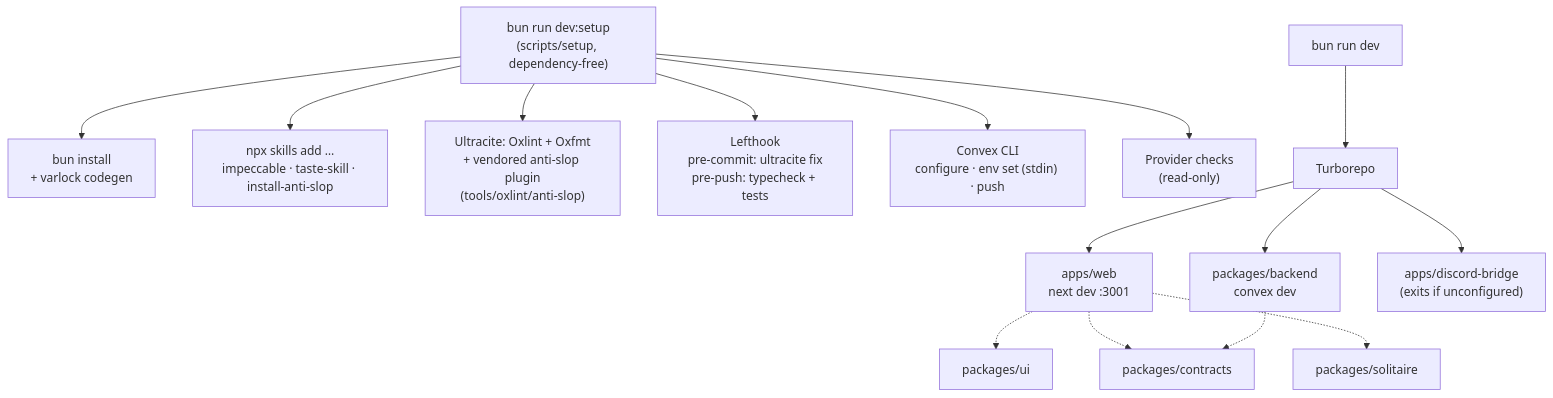
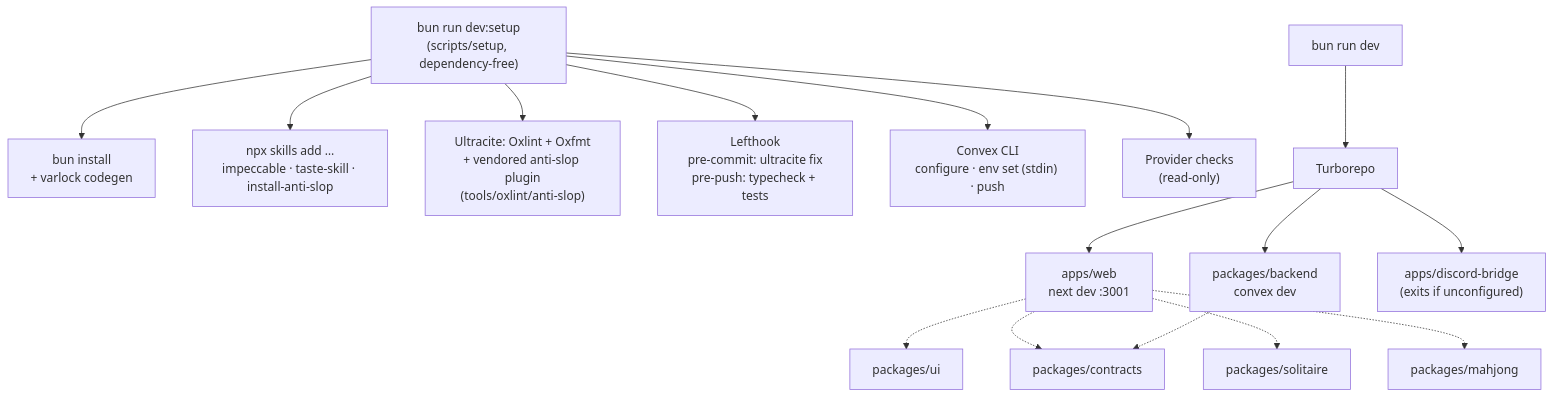
The third of 3 diagrams in README.md (Algoltea/LifeLink), drawn with Mermaid before and after one commit. The commit also changed other lines of this file and 4 other files, not shown here.

````diff
--- a/README.md
+++ b/README.md
@@ -250,15 +251,15 @@
 ```mermaid
 flowchart TB
   setup["bun run dev:setup<br/>(scripts/setup, dependency-free)"] --> install["bun install<br/>+ varlock codegen"]
   setup --> skills["npx skills add …<br/>impeccable · taste-skill · install-anti-slop"]
   setup --> lint["Ultracite: Oxlint + Oxfmt<br/>+ vendored anti-slop plugin<br/>(tools/oxlint/anti-slop)"]
   setup --> hooks["Lefthook<br/>pre-commit: ultracite fix<br/>pre-push: typecheck + tests"]
   setup --> convex["Convex CLI<br/>configure · env set (stdin) · push"]
   setup --> checks["Provider checks<br/>(read-only)"]
   dev["bun run dev"] --> turbo["Turborepo"]
   turbo --> web["apps/web<br/>next dev :3001"]
   turbo --> backend["packages/backend<br/>convex dev"]
   turbo --> bridge["apps/discord-bridge<br/>(exits if unconfigured)"]
-  web -.-> ui["packages/ui"] & contracts["packages/contracts"] & sol["packages/solitaire"]
+  web -.-> ui["packages/ui"] & contracts["packages/contracts"] & sol["packages/solitaire"] & mj["packages/mahjong"]
   backend -.-> contracts
 ```
````
